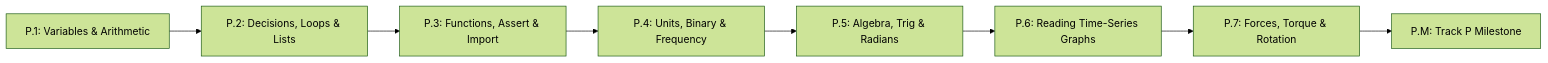
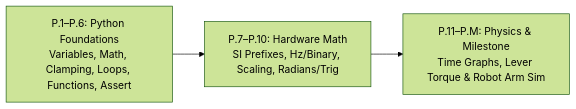
The diagram in track-p/README.md (TLE47/Mechatronics-Roadmap), drawn with Mermaid (forest theme) before and after one commit. The commit also changed other lines of this file and 58 other files, not shown here.

````diff
--- a/track-p/README.md
+++ b/track-p/README.md
@@ -5,10 +5,5 @@
 ```mermaid
 flowchart LR
-    P1["P.1: Variables & Arithmetic"] --> P2["P.2: Decisions, Loops & Lists"]
-    P2 --> P3["P.3: Functions, Assert & Import"]
-    P3 --> P4["P.4: Units, Binary & Frequency"]
-    P4 --> P5["P.5: Algebra, Trig & Radians"]
-    P5 --> P6["P.6: Reading Time-Series Graphs"]
-    P6 --> P7["P.7: Forces, Torque & Rotation"]
-    P7 --> PM["P.M: Track P Milestone"]
+    Py["P.1–P.6: Python Foundations<br/>Variables, Math, Clamping, Loops, Functions, Assert"] --> Math["P.7–P.10: Hardware Math<br/>SI Prefixes, Hz/Binary, Scaling, Radians/Trig"]
+    Math --> Phys["P.11–P.M: Physics & Milestone<br/>Time Graphs, Lever Torque & Robot Arm Sim"]
 ```
````
